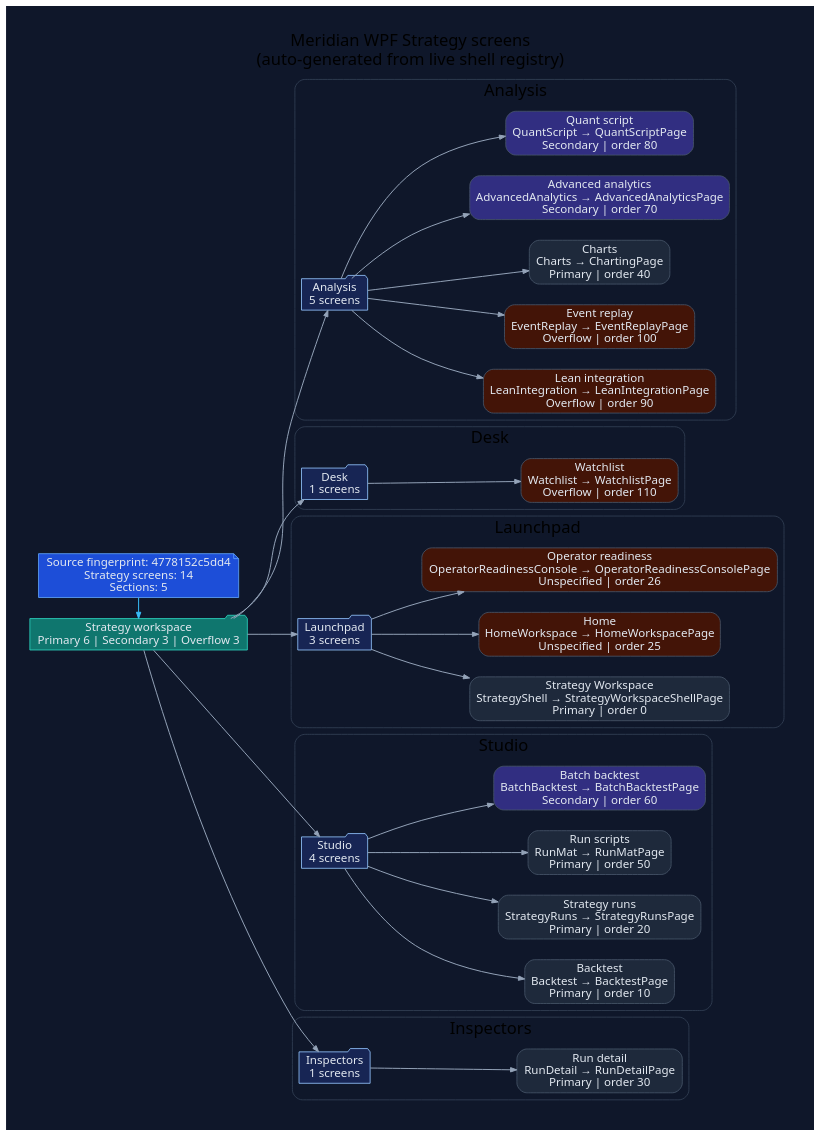
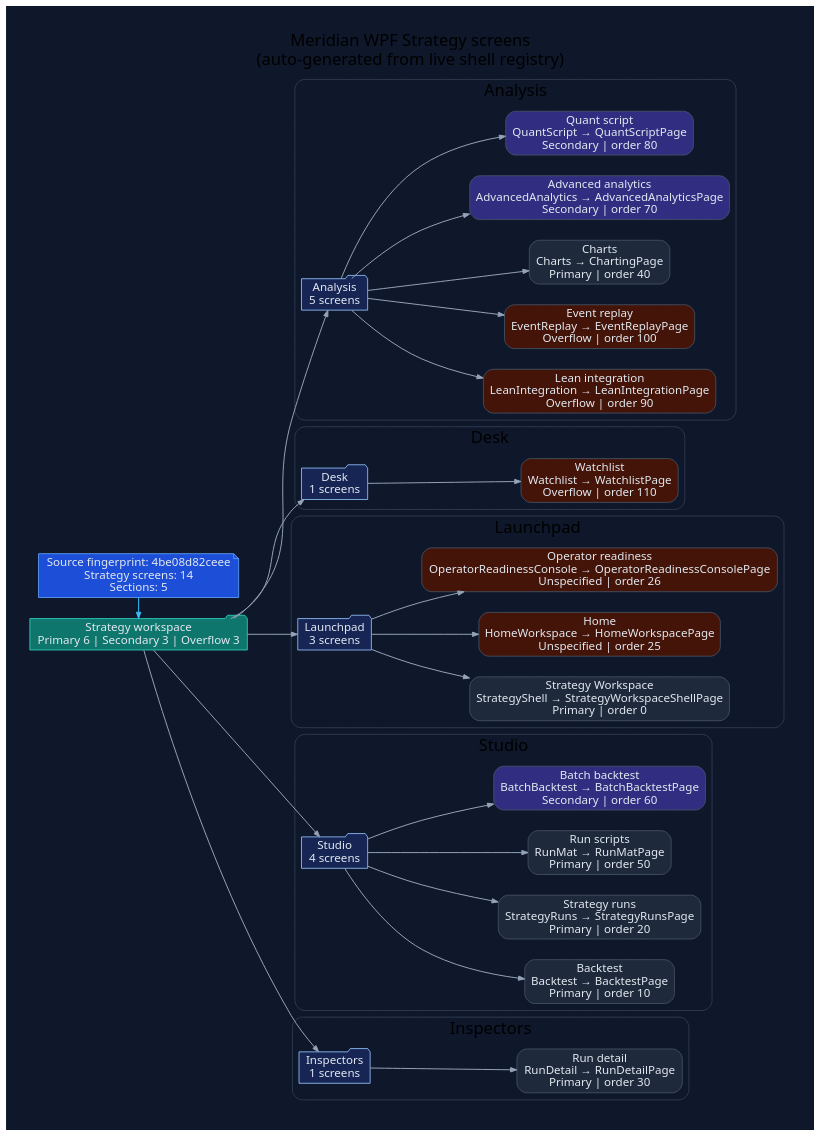
The diagram in docs/diagrams/ui-wpf-screens-strategy.dot (rodoHasArrived/Meridian-main), drawn with Graphviz before and after one commit. The commit also changed 54 other files, not shown here.

```diff
--- a/docs/diagrams/ui-wpf-screens-strategy.dot
+++ b/docs/diagrams/ui-wpf-screens-strategy.dot
@@ -1,94 +1,94 @@
 // -----------------------------------------------------------------------------
 // <auto-generated>
 // Generated by scripts/generate-diagrams.mjs.
 // Do not edit this file directly; update the WPF source files instead.
 // -----------------------------------------------------------------------------
 digraph WpfStrategyScreens {
   graph [
     rankdir=LR,
     labelloc=t,
     label="Meridian WPF Strategy screens\n(auto-generated from live shell registry)",
     fontname="Segoe UI",
     fontsize=20,
     pad=0.4,
     nodesep=0.35,
     ranksep=0.85,
     bgcolor="#0f172a"
   ];
   node [fontname="Segoe UI", shape=box, style="rounded,filled", color="#475569", fontcolor="#e2e8f0", fillcolor="#1e293b"];
   edge [fontname="Segoe UI", color="#94a3b8", penwidth=1.2, arrowsize=0.75];
 
-  generated [shape=note, fillcolor="#1d4ed8", color="#60a5fa", label="Source fingerprint: 4778152c5dd4\nStrategy screens: 14\nSections: 5"];
+  generated [shape=note, fillcolor="#1d4ed8", color="#60a5fa", label="Source fingerprint: 4be08d82ceee\nStrategy screens: 14\nSections: 5"];
   workspace [shape=folder, fillcolor="#0f766e", color="#2dd4bf", label="Strategy workspace\nPrimary 6 | Secondary 3 | Overflow 3"];
   generated -> workspace [color="#38bdf8"];
 
   subgraph cluster_section_1 {
     label="Analysis";
     color="#334155";
     style="rounded";
     section_1 [shape=folder, fillcolor="#172554", color="#93c5fd", label="Analysis\n5 screens"];
     workspace -> section_1;
     screen_LeanIntegration [fillcolor="#431407", label="Lean integration\nLeanIntegration → LeanIntegrationPage\nOverflow | order 90"];
     section_1 -> screen_LeanIntegration;
     screen_EventReplay [fillcolor="#431407", label="Event replay\nEventReplay → EventReplayPage\nOverflow | order 100"];
     section_1 -> screen_EventReplay;
     screen_Charts [fillcolor="#1e293b", label="Charts\nCharts → ChartingPage\nPrimary | order 40"];
     section_1 -> screen_Charts;
     screen_AdvancedAnalytics [fillcolor="#312e81", label="Advanced analytics\nAdvancedAnalytics → AdvancedAnalyticsPage\nSecondary | order 70"];
     section_1 -> screen_AdvancedAnalytics;
     screen_QuantScript [fillcolor="#312e81", label="Quant script\nQuantScript → QuantScriptPage\nSecondary | order 80"];
     section_1 -> screen_QuantScript;
   }
 
   subgraph cluster_section_2 {
     label="Desk";
     color="#334155";
     style="rounded";
     section_2 [shape=folder, fillcolor="#172554", color="#93c5fd", label="Desk\n1 screens"];
     workspace -> section_2;
     screen_Watchlist [fillcolor="#431407", label="Watchlist\nWatchlist → WatchlistPage\nOverflow | order 110"];
     section_2 -> screen_Watchlist;
   }
 
   subgraph cluster_section_3 {
     label="Launchpad";
     color="#334155";
     style="rounded";
     section_3 [shape=folder, fillcolor="#172554", color="#93c5fd", label="Launchpad\n3 screens"];
     workspace -> section_3;
     screen_StrategyShell [fillcolor="#1e293b", label="Strategy Workspace\nStrategyShell → StrategyWorkspaceShellPage\nPrimary | order 0"];
     section_3 -> screen_StrategyShell;
     screen_HomeWorkspace [fillcolor="#431407", label="Home\nHomeWorkspace → HomeWorkspacePage\nUnspecified | order 25"];
     section_3 -> screen_HomeWorkspace;
     screen_OperatorReadinessConsole [fillcolor="#431407", label="Operator readiness\nOperatorReadinessConsole → OperatorReadinessConsolePage\nUnspecified | order 26"];
     section_3 -> screen_OperatorReadinessConsole;
   }
 
   subgraph cluster_section_4 {
     label="Studio";
     color="#334155";
     style="rounded";
     section_4 [shape=folder, fillcolor="#172554", color="#93c5fd", label="Studio\n4 screens"];
     workspace -> section_4;
     screen_Backtest [fillcolor="#1e293b", label="Backtest\nBacktest → BacktestPage\nPrimary | order 10"];
     section_4 -> screen_Backtest;
     screen_StrategyRuns [fillcolor="#1e293b", label="Strategy runs\nStrategyRuns → StrategyRunsPage\nPrimary | order 20"];
     section_4 -> screen_StrategyRuns;
     screen_RunMat [fillcolor="#1e293b", label="Run scripts\nRunMat → RunMatPage\nPrimary | order 50"];
     section_4 -> screen_RunMat;
     screen_BatchBacktest [fillcolor="#312e81", label="Batch backtest\nBatchBacktest → BatchBacktestPage\nSecondary | order 60"];
     section_4 -> screen_BatchBacktest;
   }
 
   subgraph cluster_section_5 {
     label="Inspectors";
     color="#334155";
     style="rounded";
     section_5 [shape=folder, fillcolor="#172554", color="#93c5fd", label="Inspectors\n1 screens"];
     workspace -> section_5;
     screen_RunDetail [fillcolor="#1e293b", label="Run detail\nRunDetail → RunDetailPage\nPrimary | order 30"];
     section_5 -> screen_RunDetail;
   }
 
   { rank=min; generated; workspace; }
 }
```
